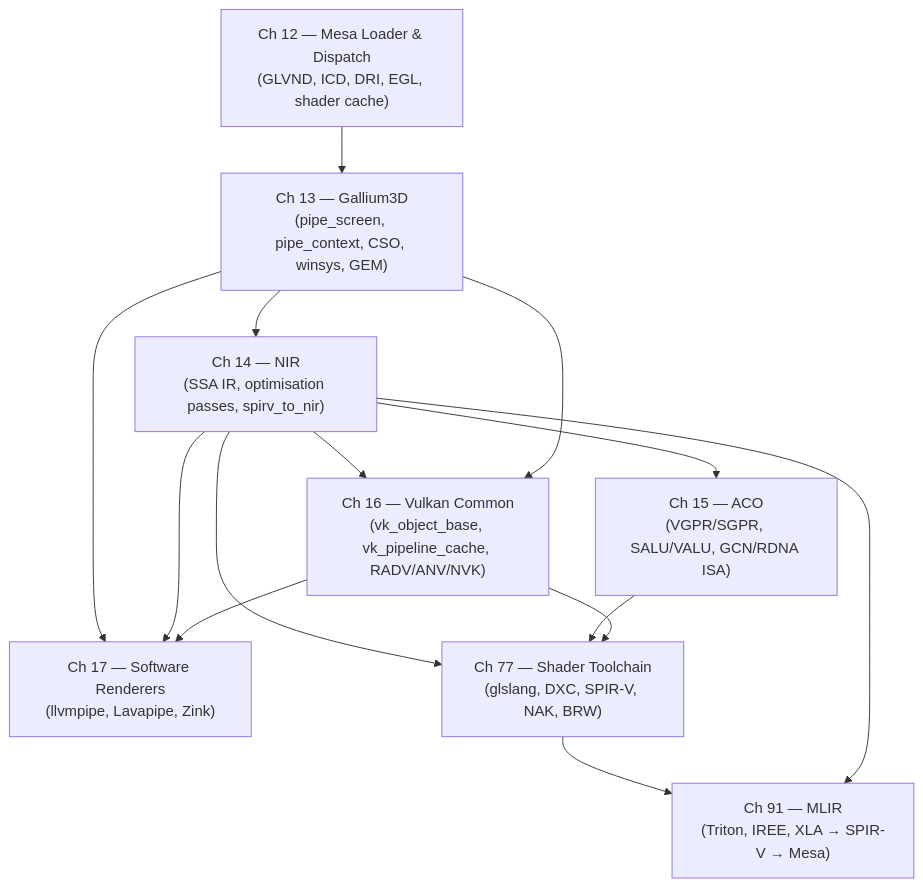
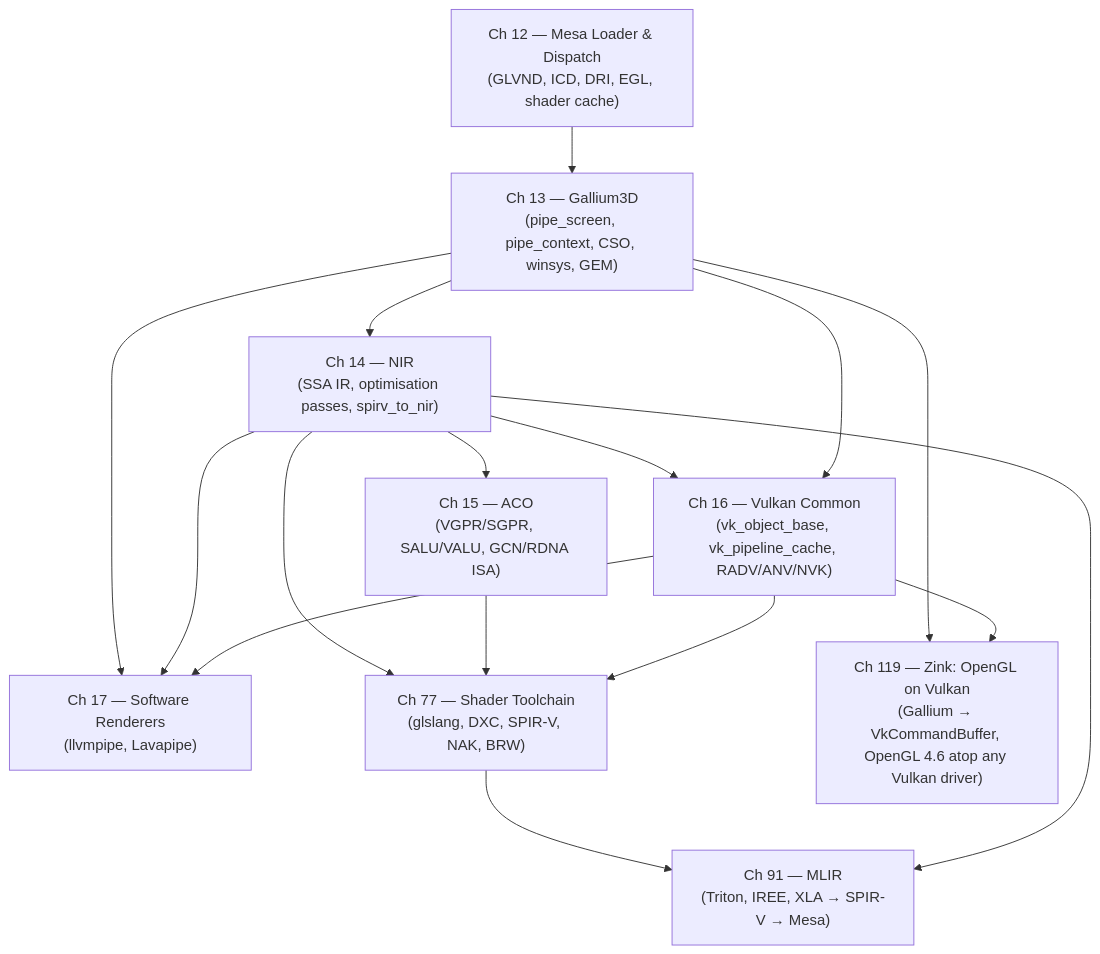
The diagram in chapters/part-04-mesa-architecture/part-intro.md (jreuben11/linux-graphics-stack-book), drawn with Mermaid before and after one commit. The commit also changed other lines of this file and 12 other files, not shown here.

````diff
--- a/chapters/part-04-mesa-architecture/part-intro.md
+++ b/chapters/part-04-mesa-architecture/part-intro.md
@@ -97,25 +109,28 @@
 ```mermaid
 graph TD
     CH12["Ch 12 — Mesa Loader & Dispatch\n(GLVND, ICD, DRI, EGL, shader cache)"]
     CH13["Ch 13 — Gallium3D\n(pipe_screen, pipe_context, CSO, winsys, GEM)"]
     CH14["Ch 14 — NIR\n(SSA IR, optimisation passes, spirv_to_nir)"]
     CH15["Ch 15 — ACO\n(VGPR/SGPR, SALU/VALU, GCN/RDNA ISA)"]
     CH16["Ch 16 — Vulkan Common\n(vk_object_base, vk_pipeline_cache, RADV/ANV/NVK)"]
-    CH17["Ch 17 — Software Renderers\n(llvmpipe, Lavapipe, Zink)"]
+    CH17["Ch 17 — Software Renderers\n(llvmpipe, Lavapipe)"]
     CH77["Ch 77 — Shader Toolchain\n(glslang, DXC, SPIR-V, NAK, BRW)"]
     CH91["Ch 91 — MLIR\n(Triton, IREE, XLA → SPIR-V → Mesa)"]
+    CH119["Ch 119 — Zink: OpenGL on Vulkan\n(Gallium → VkCommandBuffer, OpenGL 4.6 atop any Vulkan driver)"]
 
     CH12 --> CH13
     CH13 --> CH14
     CH14 --> CH15
     CH14 --> CH16
     CH13 --> CH16
     CH13 --> CH17
     CH14 --> CH17
     CH16 --> CH17
+    CH13 --> CH119
+    CH16 --> CH119
     CH14 --> CH77
     CH15 --> CH77
     CH16 --> CH77
     CH77 --> CH91
     CH14 --> CH91
 ```
````
